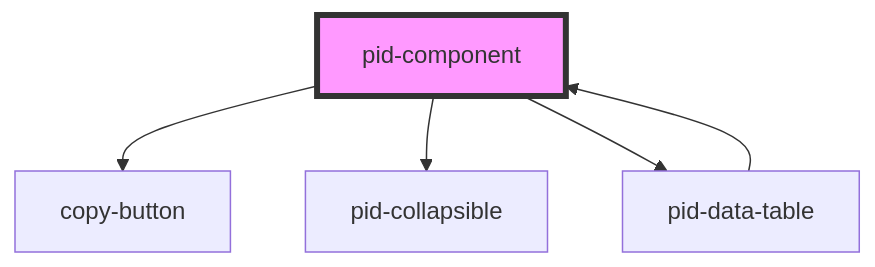
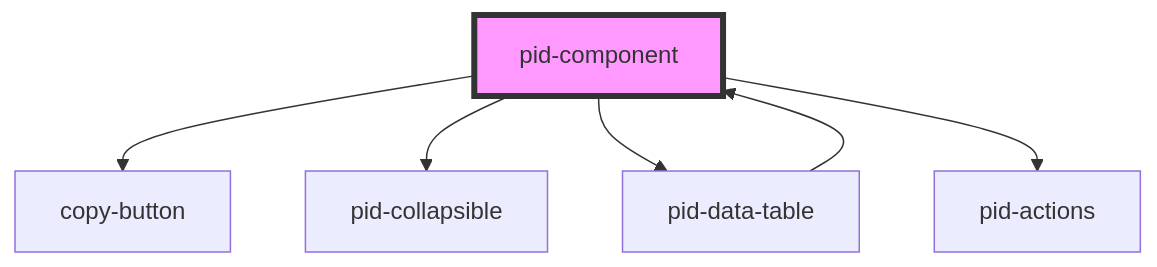
One commit to kit-data-manager/pid-component changed the diagram in packages/stencil-library/src/components/pid-component/readme.md. Above: the diagram before and after it, drawn with Mermaid. The commit also changed other lines of this file and 21 other files, not shown here.

````diff
--- a/packages/stencil-library/src/components/pid-component/readme.md
+++ b/packages/stencil-library/src/components/pid-component/readme.md
@@ -48,8 +49,9 @@
 ```mermaid
 graph TD;
   pid-component --> copy-button
   pid-component --> pid-collapsible
   pid-component --> pid-data-table
+  pid-component --> pid-actions
   pid-data-table --> pid-component
   style pid-component fill:#f9f,stroke:#333,stroke-width:4px
 ```
````
